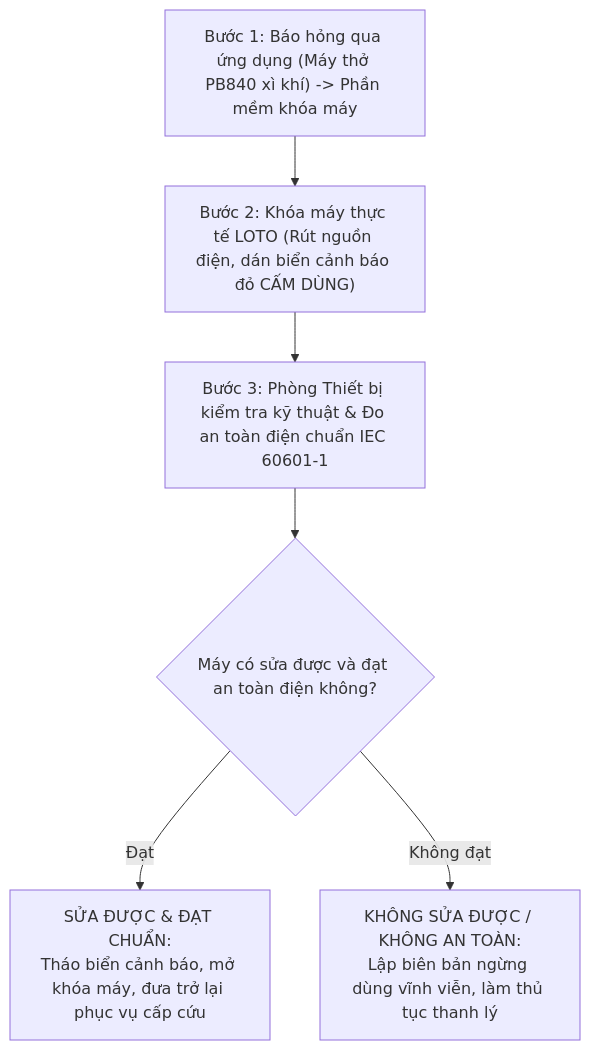
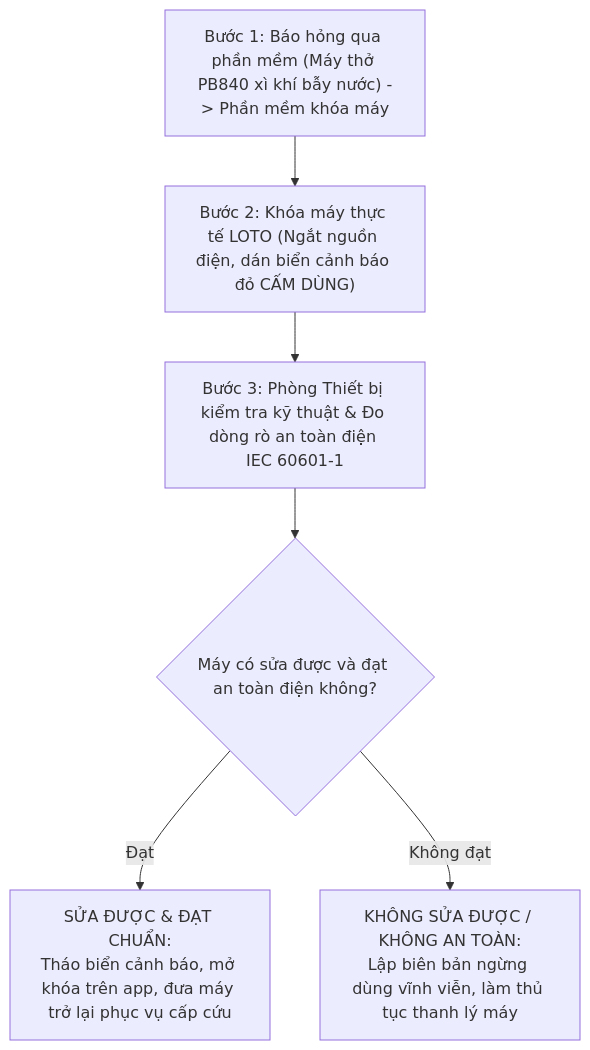
One commit to TontonYuta/clinical-ward changed the second of 3 diagrams in docs/Bao_Cao_Tien_Do_Tuan_3.md. Above: the diagram before and after it, drawn with Mermaid. The commit also changed other lines of this file and 2 other files, not shown here.

````diff
--- a/docs/Bao_Cao_Tien_Do_Tuan_3.md
+++ b/docs/Bao_Cao_Tien_Do_Tuan_3.md
@@ -83,13 +79,13 @@
 ```mermaid
 flowchart TD
-    E1["Bước 1: Báo hỏng qua ứng dụng (Máy thở PB840 xì khí) -> Phần mềm khóa máy"]
-    E2["Bước 2: Khóa máy thực tế LOTO (Rút nguồn điện, dán biển cảnh báo đỏ CẤM DÙNG)"]
-    E3["Bước 3: Phòng Thiết bị kiểm tra kỹ thuật & Đo an toàn điện chuẩn IEC 60601-1"]
+    E1["Bước 1: Báo hỏng qua phần mềm (Máy thở PB840 xì khí bẫy nước) -> Phần mềm khóa máy"]
+    E2["Bước 2: Khóa máy thực tế LOTO (Ngắt nguồn điện, dán biển cảnh báo đỏ CẤM DÙNG)"]
+    E3["Bước 3: Phòng Thiết bị kiểm tra kỹ thuật & Đo dòng rò an toàn điện IEC 60601-1"]
     DEC{"Máy có sửa được và đạt an toàn điện không?"}
-    PASS["SỬA ĐƯỢC & ĐẠT CHUẨN:<br/>Tháo biển cảnh báo, mở khóa máy, đưa trở lại phục vụ cấp cứu"]
-    FAIL["KHÔNG SỬA ĐƯỢC / KHÔNG AN TOÀN:<br/>Lập biên bản ngừng dùng vĩnh viễn, làm thủ tục thanh lý"]
+    PASS["SỬA ĐƯỢC & ĐẠT CHUẨN:<br/>Tháo biển cảnh báo, mở khóa trên app, đưa máy trở lại phục vụ cấp cứu"]
+    FAIL["KHÔNG SỬA ĐƯỢC / KHÔNG AN TOÀN:<br/>Lập biên bản ngừng dùng vĩnh viễn, làm thủ tục thanh lý máy"]
 
     E1 --> E2 --> E3 --> DEC
     DEC -- "Đạt" --> PASS
     DEC -- "Không đạt" --> FAIL
 ```
````
